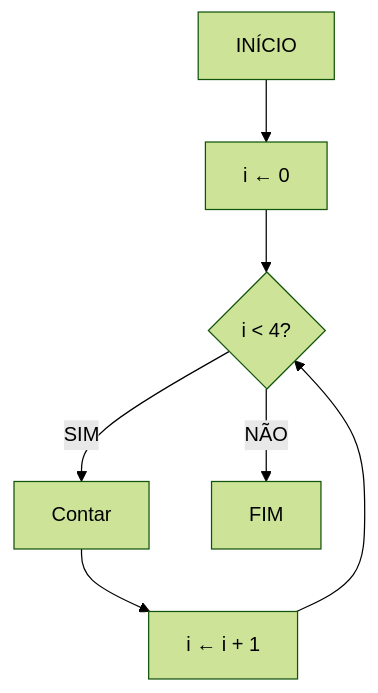
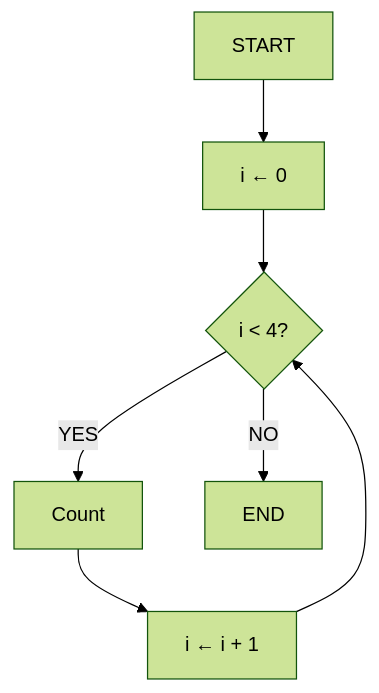
One commit to ThayronyVonHeld/java-backend-journey changed the first of 2 diagrams in Readme - Lessons/fundamentals/Lesson 12 - Repetition Structure (Part 2)/lesson-12-en.md. Above: the diagram before and after it, drawn with Mermaid (forest theme). The commit also changed other lines of this file and 3 other files, not shown here.

````diff
--- a/Readme - Lessons/fundamentals/Lesson 12 - Repetition Structure (Part 2)/lesson-12-en.md
+++ b/Readme - Lessons/fundamentals/Lesson 12 - Repetition Structure (Part 2)/lesson-12-en.md
@@ -22,9 +21,9 @@
 ```mermaid
 flowchart TD
-    A[INÍCIO] --> B[i ← 0]
+    A[START] --> B[i ← 0]
     B --> C{i < 4?}
-    C -->|SIM| D[Contar]
+    C -->|YES| D[Count]
     D --> E[i ← i + 1]
     E --> C
-    C -->|NÃO| F[FIM]
+    C -->|NO| F[END]
 ```
````
